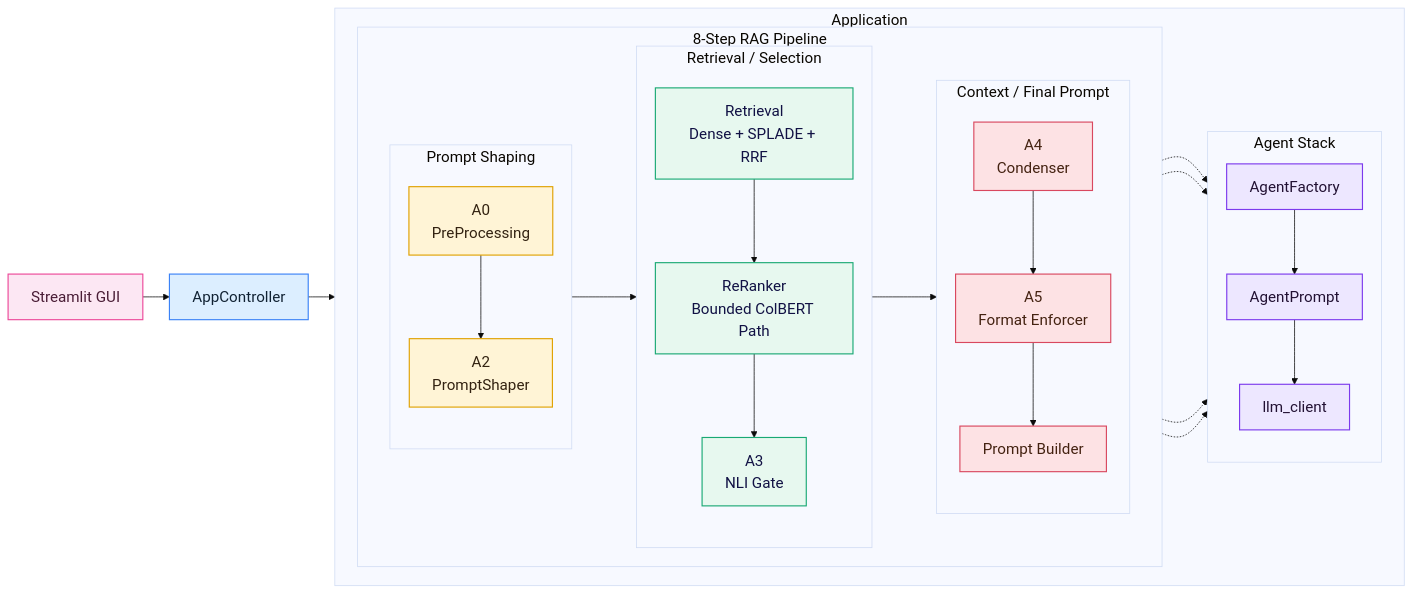
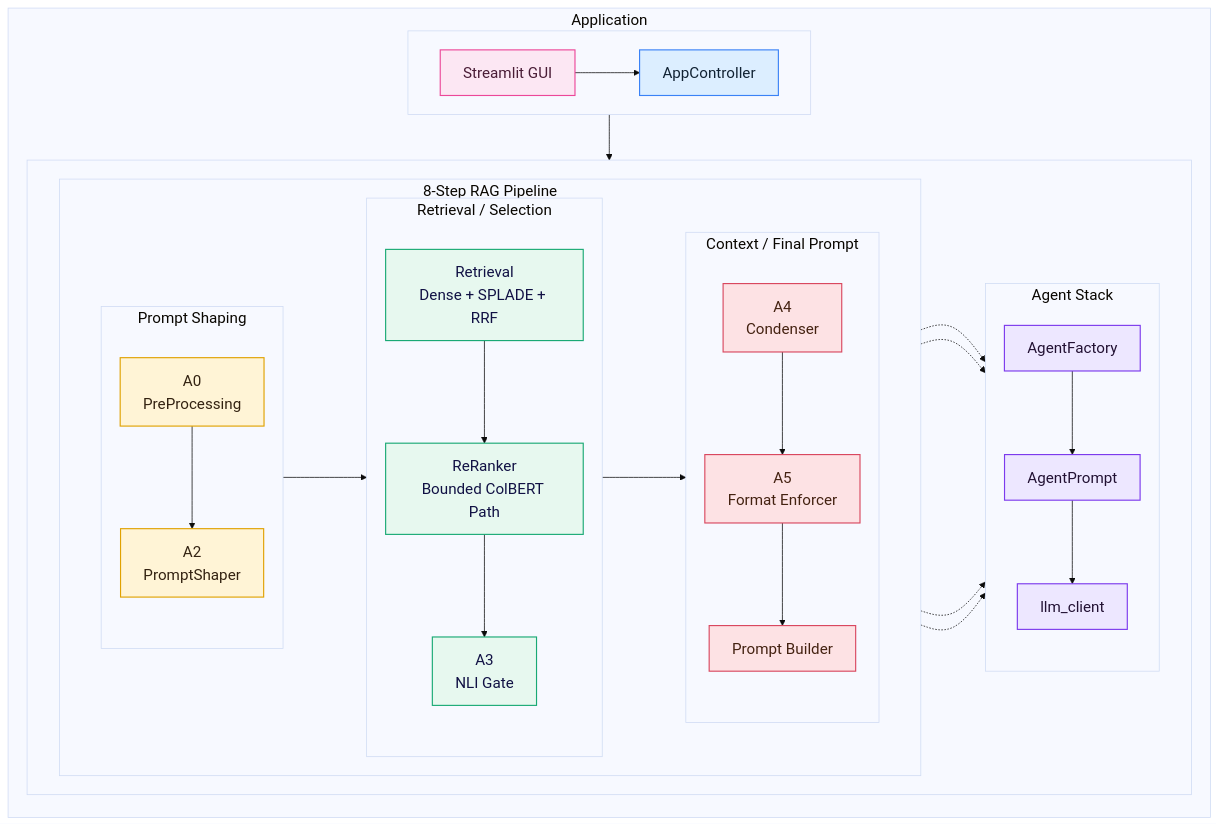
Before and after one commit to RusbehAbtahi/RAGstream: the third of 4 diagrams in README.md, drawn with Mermaid.

Commit message:
Update README and requirements docs

````diff
--- a/README.md
+++ b/README.md
@@ -52,64 +52,71 @@
 ```mermaid
 %%{init: {
   "theme": "base",
   "themeVariables": {
     "fontSize": "20px"
   },
   "flowchart": {
     "htmlLabels": true,
     "curve": "basis",
     "nodeSpacing": 30,
     "rankSpacing": 35
   }
 }}%%
-flowchart LR
+flowchart TB
 
   classDef gui fill:#FCE7F3,stroke:#EC4899,stroke-width:1.5px,color:#4A1D36;
   classDef ctrl fill:#DCEEFF,stroke:#3B82F6,stroke-width:1.5px,color:#123;
   classDef prep fill:#FFF4D6,stroke:#E0A100,stroke-width:1.5px,color:#321;
   classDef retr fill:#E7F8EF,stroke:#19A974,stroke-width:1.5px,color:#114;
   classDef gen fill:#FDE2E4,stroke:#D9485F,stroke-width:1.5px,color:#421;
   classDef agent fill:#EDE7FF,stroke:#7C3AED,stroke-width:1.5px,color:#213;
 
-  UI[Streamlit GUI]:::gui --> CTRL[AppController]:::ctrl
+  subgraph APP["Application"]
+    direction TB
 
-  subgraph APP["Application"]
-    direction LR
+    subgraph HEAD[" "]
+      direction LR
+      UI[Streamlit GUI]:::gui --> CTRL[AppController]:::ctrl
+    end
 
-    subgraph PIPE["8-Step RAG Pipeline"]
+    subgraph BODY[" "]
       direction LR
 
-      subgraph BOX1["Prompt Shaping"]
-        direction TB
-        A0[A0<br/>PreProcessing]:::prep --> A2[A2<br/>PromptShaper]:::prep
+      subgraph PIPE["8-Step RAG Pipeline"]
+        direction LR
+
+        subgraph BOX1["Prompt Shaping"]
+          direction TB
+          A0[A0<br/>PreProcessing]:::prep --> A2[A2<br/>PromptShaper]:::prep
+        end
+
+        subgraph BOX2["Retrieval / Selection"]
+          direction TB
+          RET[Retrieval<br/>Dense + SPLADE + RRF]:::retr --> RRK[ReRanker<br/>Bounded ColBERT Path]:::retr
+          RRK --> A3[A3<br/>NLI Gate]:::retr
+        end
+
+        subgraph BOX3["Context / Final Prompt"]
+          direction TB
+          A4[A4<br/>Condenser]:::gen --> A5[A5<br/>Format Enforcer]:::gen
+          A5 --> PB[Prompt Builder]:::gen
+        end
+
+        BOX1 --> BOX2 --> BOX3
       end
 
-      subgraph BOX2["Retrieval / Selection"]
+      subgraph AG["Agent Stack"]
         direction TB
-        RET[Retrieval<br/>Dense + SPLADE + RRF]:::retr --> RRK[ReRanker<br/>Bounded ColBERT Path]:::retr
-        RRK --> A3[A3<br/>NLI Gate]:::retr
+        AF[AgentFactory]:::agent --> AP[AgentPrompt]:::agent
+        AP --> LLM[llm_client]:::agent
       end
-
-      subgraph BOX3["Context / Final Prompt"]
-        direction TB
-        A4[A4<br/>Condenser]:::gen --> A5[A5<br/>Format Enforcer]:::gen
-        A5 --> PB[Prompt Builder]:::gen
-      end
-
-      BOX1 --> BOX2 --> BOX3
     end
 
-    subgraph AG["Agent Stack"]
-      direction TB
-      AF[AgentFactory]:::agent --> AP[AgentPrompt]:::agent
-      AP --> LLM[llm_client]:::agent
-    end
+    CTRL --> A0
+
+    A2 -.-> AF
+    A3 -.-> AF
+    A4 -.-> AF
+    A5 -.-> AF
   end
-
-  CTRL --> A0
-
-  A2 -.-> AF
-  A3 -.-> AF
-  A4 -.-> AF
-  A5 -.-> AF
 ```
````
